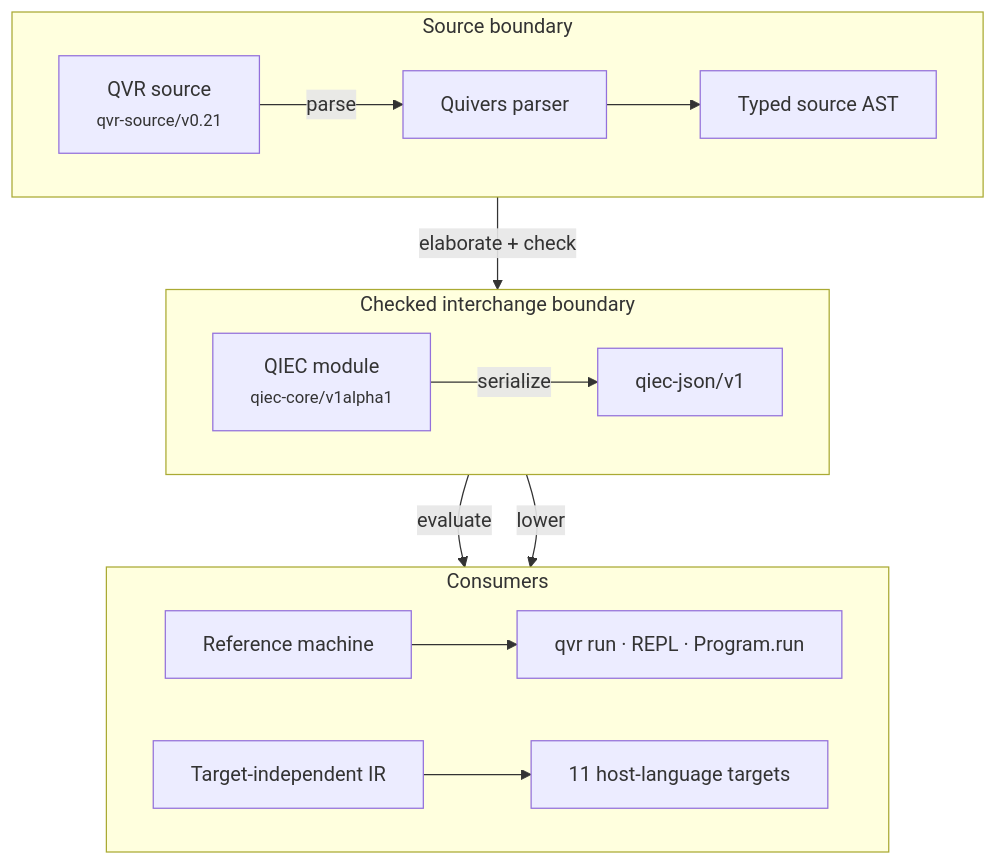
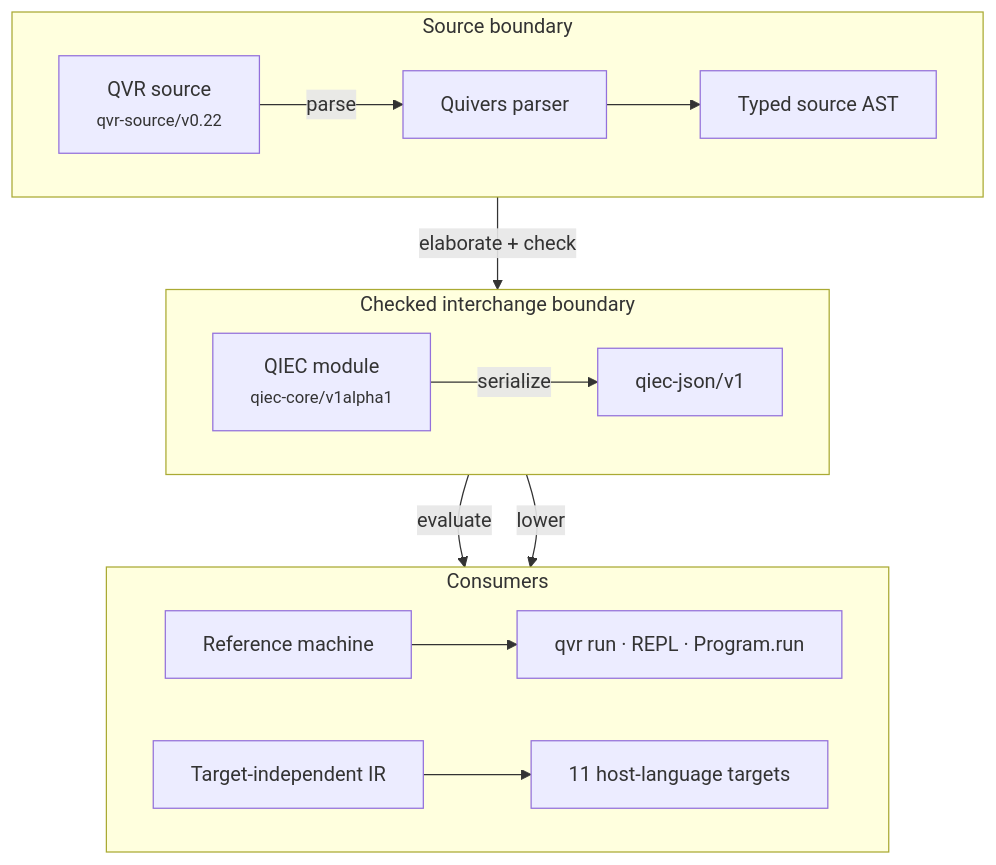
Before and after one commit to quivers-dev/quivers: the diagram in docs/reference/qvr/index.md, drawn with Mermaid. The commit also changed other lines of this file and 89 other files, not shown here.

````diff
--- a/docs/reference/qvr/index.md
+++ b/docs/reference/qvr/index.md
@@ -95,20 +168,20 @@
 ```mermaid
 flowchart TB
     subgraph AUTHOR["Source boundary"]
         direction LR
-        S["QVR source<br/><small>qvr-source/v0.21</small>"] -->|parse| P["Quivers parser"] --> A["Typed source AST"]
+        S["QVR source<br/><small>qvr-source/v0.22</small>"] -->|parse| P["Quivers parser"] --> A["Typed source AST"]
     end
     subgraph CORE["Checked interchange boundary"]
         direction LR
         A -->|elaborate + check| Q["QIEC module<br/><small>qiec-core/v1alpha1</small>"]
         Q -->|serialize| J["qiec-json/v1"]
     end
     subgraph CONSUMERS["Consumers"]
         direction LR
         Q -->|evaluate| R["Reference machine"] --> C["qvr run · REPL · Program.run"]
         Q -->|lower| T["Target-independent IR"] --> H["11 host-language targets"]
     end
     class S qv-input
     class P,A,Q,J,T qv-checked
     class R,C,H qv-output
 ```
````
